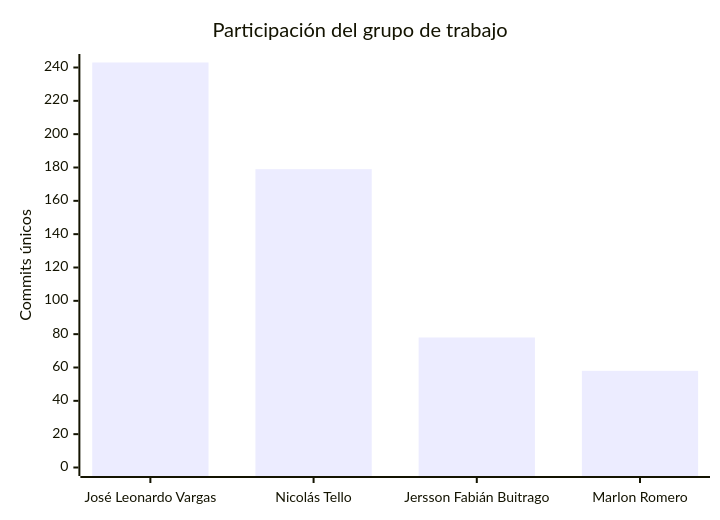
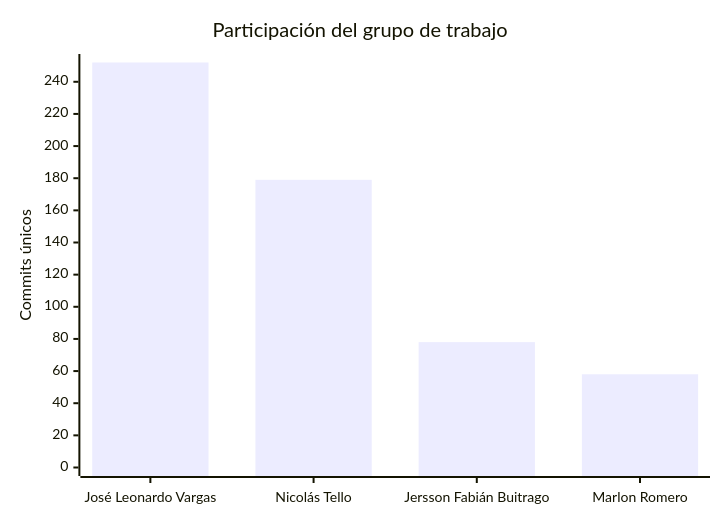
Before and after one commit to FarmaExpres/FarmaExpres: the second of 2 diagrams in README.md, drawn with Mermaid. The commit also changed other lines of this file and 1 other file, not shown here.

````diff
--- a/README.md
+++ b/README.md
@@ -401,7 +401,7 @@
 ```mermaid
 xychart-beta
     title "Participación del grupo de trabajo"
     x-axis ["José Leonardo Vargas", "Nicolás Tello", "Jersson Fabián Buitrago", "Marlon Romero"]
-    y-axis "Commits únicos" 0 --> 243
-    bar [243, 179, 78, 58]
+    y-axis "Commits únicos" 0 --> 252
+    bar [252, 179, 78, 58]
 ```
````
